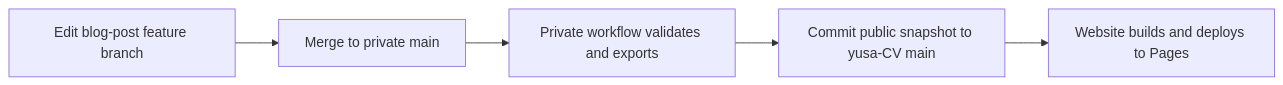
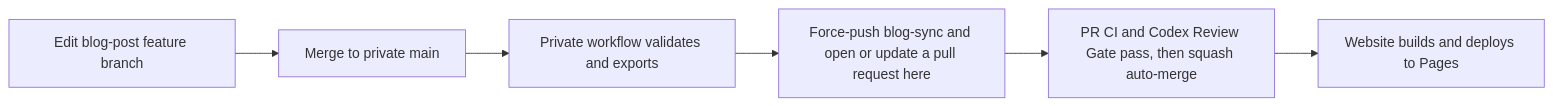
The diagram in docs/blog/content-sync.md (yusaanthya/yusa-CV), drawn with Mermaid before and after one commit. The commit also changed other lines of this file and 14 other files, not shown here.

````diff
--- a/docs/blog/content-sync.md
+++ b/docs/blog/content-sync.md
@@ -27,7 +21,8 @@
 ```mermaid
 flowchart LR
     A[Edit blog-post feature branch] --> B[Merge to private main]
     B --> C[Private workflow validates and exports]
-    C --> D[Commit public snapshot to yusa-CV main]
-    D --> E[Website builds and deploys to Pages]
+    C --> D[Force-push blog-sync and open or update a pull request here]
+    D --> E[PR CI and Codex Review Gate pass, then squash auto-merge]
+    E --> F[Website builds and deploys to Pages]
 ```
````
